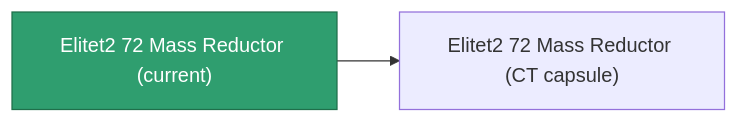
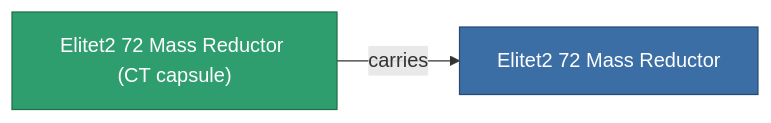
The diagram in content/content/items/elitet2_72_mass_reductor.md (OpenPerpetuum/Wiki), drawn with Mermaid before and after one commit. The commit also changed other lines of this file and 2015 other files, not shown here.

````diff
--- a/content/content/items/elitet2_72_mass_reductor.md
+++ b/content/content/items/elitet2_72_mass_reductor.md
@@ -36,8 +36,9 @@
 ```mermaid
 graph LR
-    a["Elitet2 72 Mass Reductor (current)"]:::current
-    b["Elitet2 72 Mass Reductor (CT capsule)"]
-    a --> b
-    click b "/content/items/elitet2-72-mass-reductor-ct-capsule/" "Elitet2 72 Mass Reductor (CT capsule)"
+    a["Elitet2 72 Mass Reductor (CT capsule)"]:::current
+    b["Elitet2 72 Mass Reductor"]:::finished
+    a -->|carries| b
+                click b "/content/items/elitet2-72-mass-reductor/" "Elitet2 72 Mass Reductor"
     classDef current fill:#2f9e6f,stroke:#1f6f4a,color:#ffffff
+    classDef finished fill:#3b6ea5,stroke:#274a75,color:#ffffff
 ```
````
